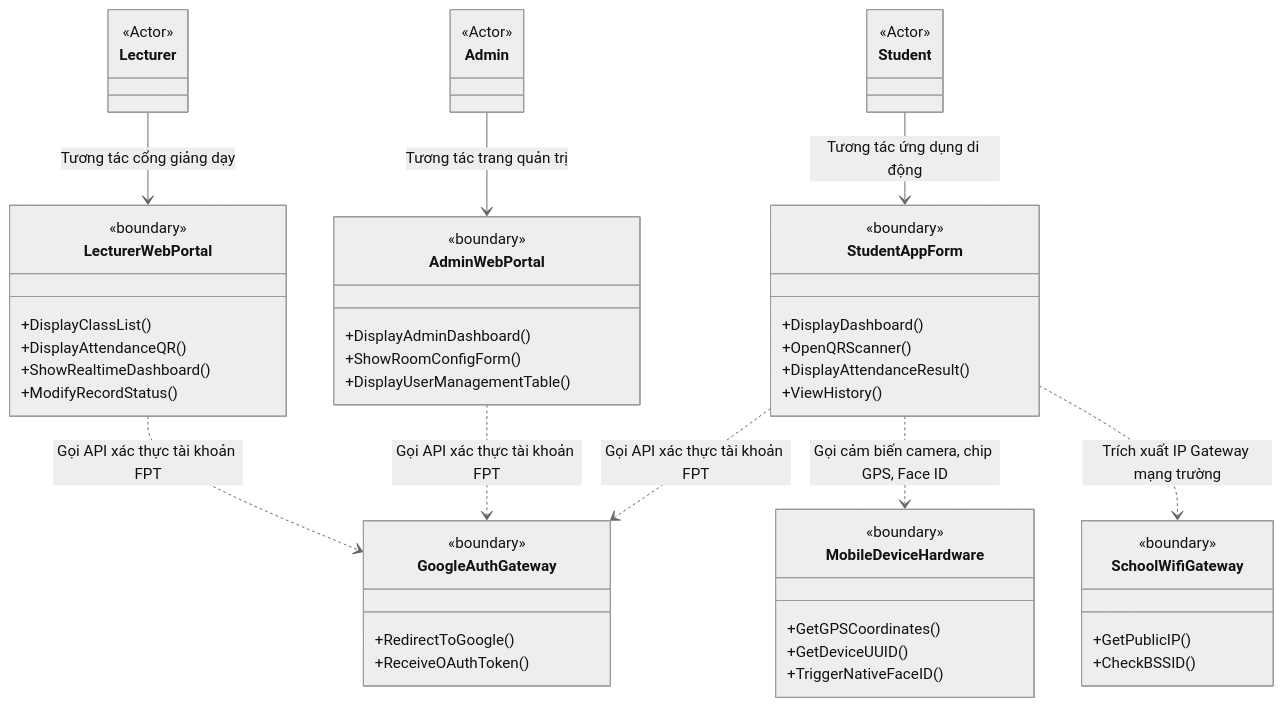
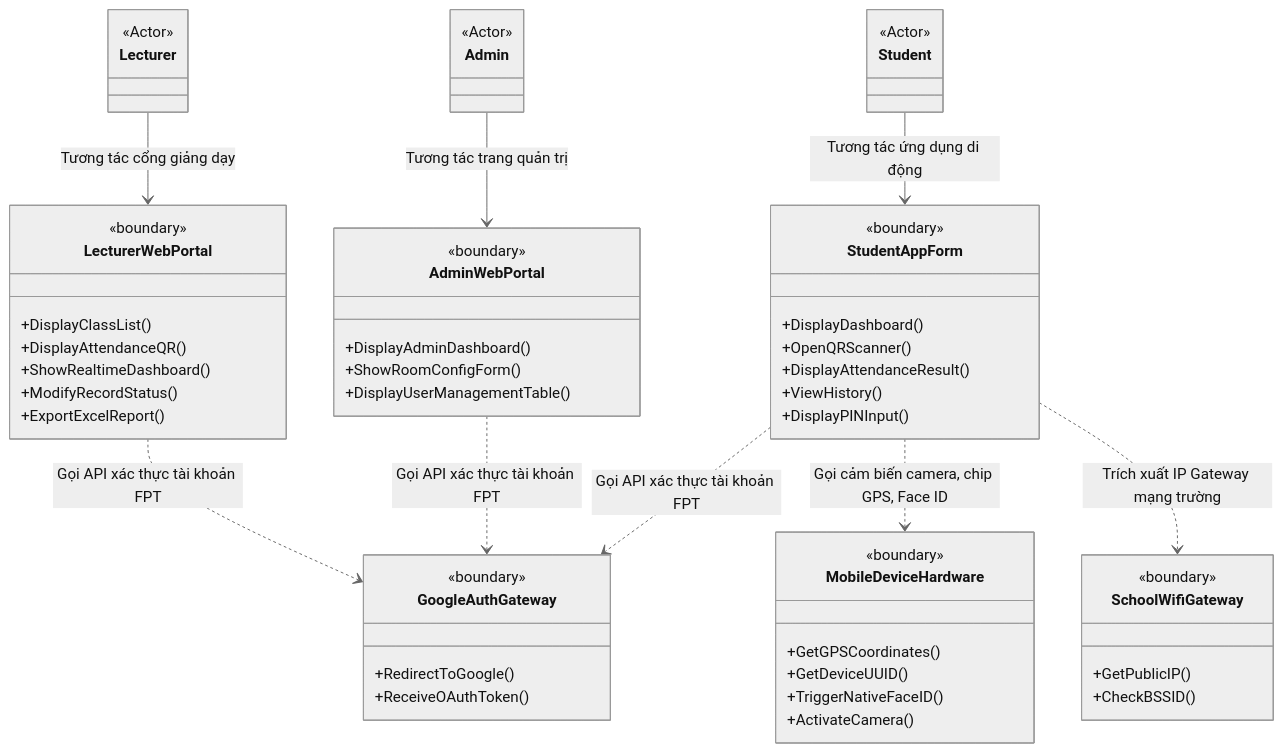
The diagram in COMET/Phase_2_Analysis_Modeling/output/contextual_boundary_class_diagram.md (nttung42/SWD392), drawn with Mermaid (neutral theme) before and after one commit. The commit also changed other lines of this file and 11 other files, not shown here.

````diff
--- a/COMET/Phase_2_Analysis_Modeling/output/contextual_boundary_class_diagram.md
+++ b/COMET/Phase_2_Analysis_Modeling/output/contextual_boundary_class_diagram.md
@@ -9,69 +9,72 @@
 ```mermaid
 classDiagram
     %% Tác nhân con người (Actors)
     class Student {
         <<Actor>>
     }
     class Lecturer {
         <<Actor>>
     }
     class Admin {
         <<Actor>>
     }
 
     %% Các lớp biên hệ thống (Boundary Classes)
     class StudentAppForm {
         <<boundary>>
         +DisplayDashboard()
         +OpenQRScanner()
         +DisplayAttendanceResult()
         +ViewHistory()
+        +DisplayPINInput()
     }
 
     class LecturerWebPortal {
         <<boundary>>
         +DisplayClassList()
         +DisplayAttendanceQR()
         +ShowRealtimeDashboard()
         +ModifyRecordStatus()
+        +ExportExcelReport()
     }
 
     class AdminWebPortal {
         <<boundary>>
         +DisplayAdminDashboard()
         +ShowRoomConfigForm()
         +DisplayUserManagementTable()
     }
 
     %% Cổng tích hợp bên thứ ba (External Boundaries)
     class GoogleAuthGateway {
         <<boundary>>
         +RedirectToGoogle()
         +ReceiveOAuthToken()
     }
 
     class SchoolWifiGateway {
         <<boundary>>
         +GetPublicIP()
         +CheckBSSID()
     }
 
     class MobileDeviceHardware {
         <<boundary>>
         +GetGPSCoordinates()
         +GetDeviceUUID()
         +TriggerNativeFaceID()
+        +ActivateCamera()
     }
 
     %% Các mối liên kết tương tác trực tiếp
     Student --> StudentAppForm : Tương tác ứng dụng di động
     Lecturer --> LecturerWebPortal : Tương tác cổng giảng dạy
     Admin --> AdminWebPortal : Tương tác trang quản trị
 
     StudentAppForm ..> GoogleAuthGateway : Gọi API xác thực tài khoản FPT
     LecturerWebPortal ..> GoogleAuthGateway : Gọi API xác thực tài khoản FPT
     AdminWebPortal ..> GoogleAuthGateway : Gọi API xác thực tài khoản FPT
 
     StudentAppForm ..> MobileDeviceHardware : Gọi cảm biến camera, chip GPS, Face ID
     StudentAppForm ..> SchoolWifiGateway : Trích xuất IP Gateway mạng trường
 ```
````
